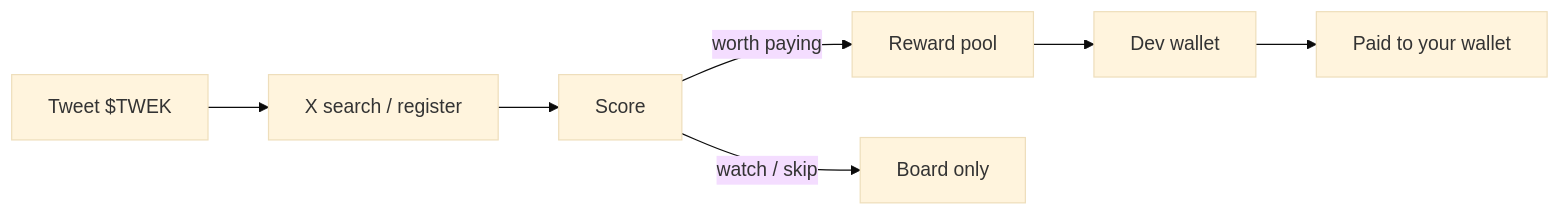
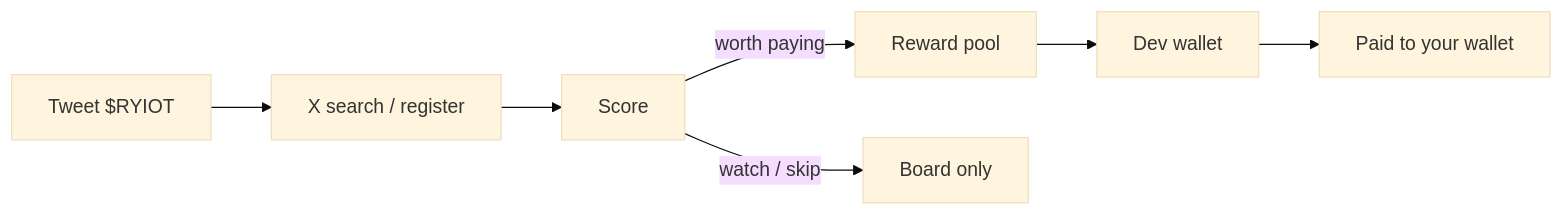
One commit to twekapp/twekapp changed the diagram in README.md. Above: the diagram before and after it, drawn with Mermaid (base theme). The commit also changed other lines of this file and 20 other files, not shown here.

````diff
--- a/README.md
+++ b/README.md
@@ -41,9 +41,9 @@
 ```mermaid
 flowchart LR
-  A[Tweet $TWEK] --> B[X search / register]
+  A[Tweet $RYIOT] --> B[X search / register]
   B --> C[Score]
   C -->|worth paying| D[Reward pool]
   C -->|watch / skip| E[Board only]
   D --> F[Dev wallet]
   F --> G[Paid to your wallet]
 ```
````
